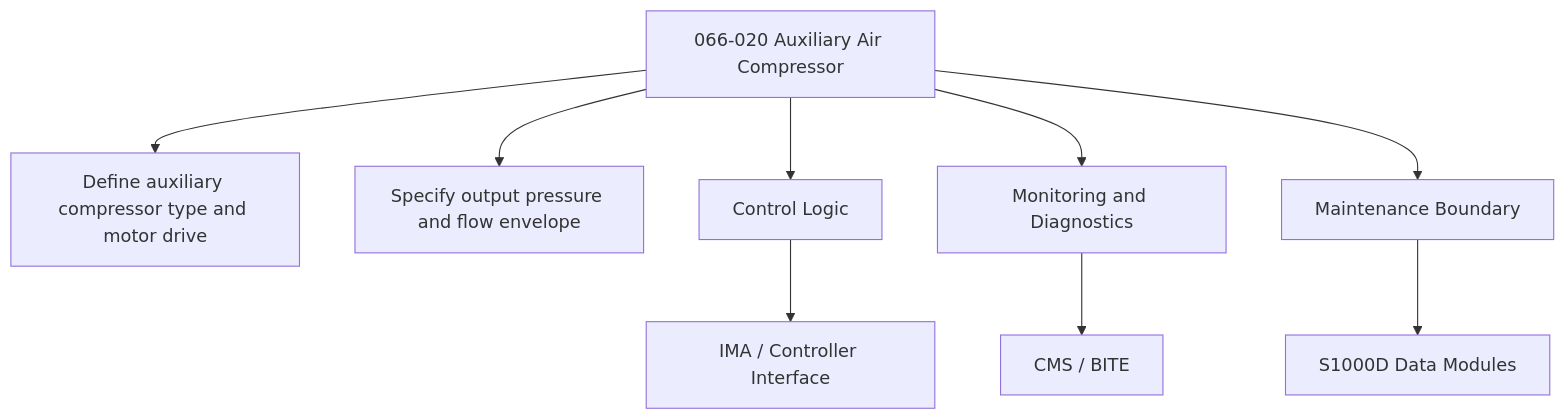
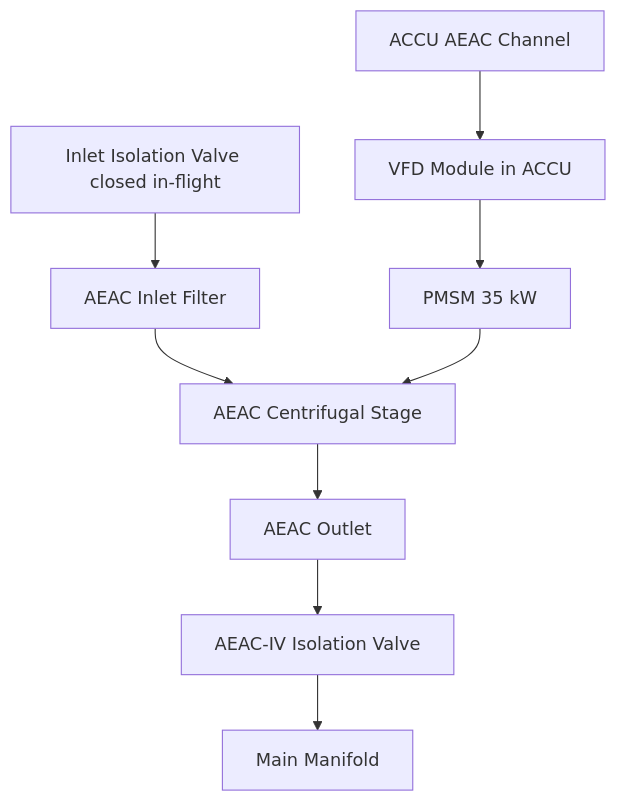
The second of 2 diagrams in Q+ATLANTIDE/000-099_ATLAS/060-069_Propulsion-Tradicional/066_Air-Compressor/066-020-Auxiliary-Air-Compressor.md (AmedeoPelliccia/Qplus-For-All-Queer-People-and-Quantum), drawn with Mermaid before and after one commit. The commit also changed other lines of this file and 9 other files, not shown here.

First line of the commit message:
docs: rewrite 066_Air-Compressor — 10 files contextualized for AMPEL360E eWTW

````diff
--- a/Q+ATLANTIDE/000-099_ATLAS/060-069_Propulsion-Tradicional/066_Air-Compressor/066-020-Auxiliary-Air-Compressor.md
+++ b/Q+ATLANTIDE/000-099_ATLAS/060-069_Propulsion-Tradicional/066_Air-Compressor/066-020-Auxiliary-Air-Compressor.md
@@ -172,11 +109,11 @@
 ```mermaid
 flowchart TB
-    SYS[066-020 Auxiliary Air Compressor] --> F1[Define auxiliary compressor type and motor drive]
-    SYS --> F2[Specify output pressure and flow envelope]
-    SYS --> CTRL[Control Logic]
-    SYS --> MON[Monitoring and Diagnostics]
-    SYS --> MAINT[Maintenance Boundary]
-    CTRL --> IMA[IMA / Controller Interface]
-    MON --> CMS[CMS / BITE]
-    MAINT --> CSDB[S1000D Data Modules]
+    AEAC_IIV[Inlet Isolation Valve closed in-flight] --> INLET[AEAC Inlet Filter]
+    INLET --> COMP[AEAC Centrifugal Stage]
+    COMP --> OUTLET[AEAC Outlet]
+    OUTLET --> AEAC_IV[AEAC-IV Isolation Valve]
+    AEAC_IV --> MAIN_MANIFOLD[Main Manifold]
+    PMSM[PMSM 35 kW] --> COMP
+    VFD_AEAC[VFD Module in ACCU] --> PMSM
+    ACCU_CH[ACCU AEAC Channel] --> VFD_AEAC
 ```
````
